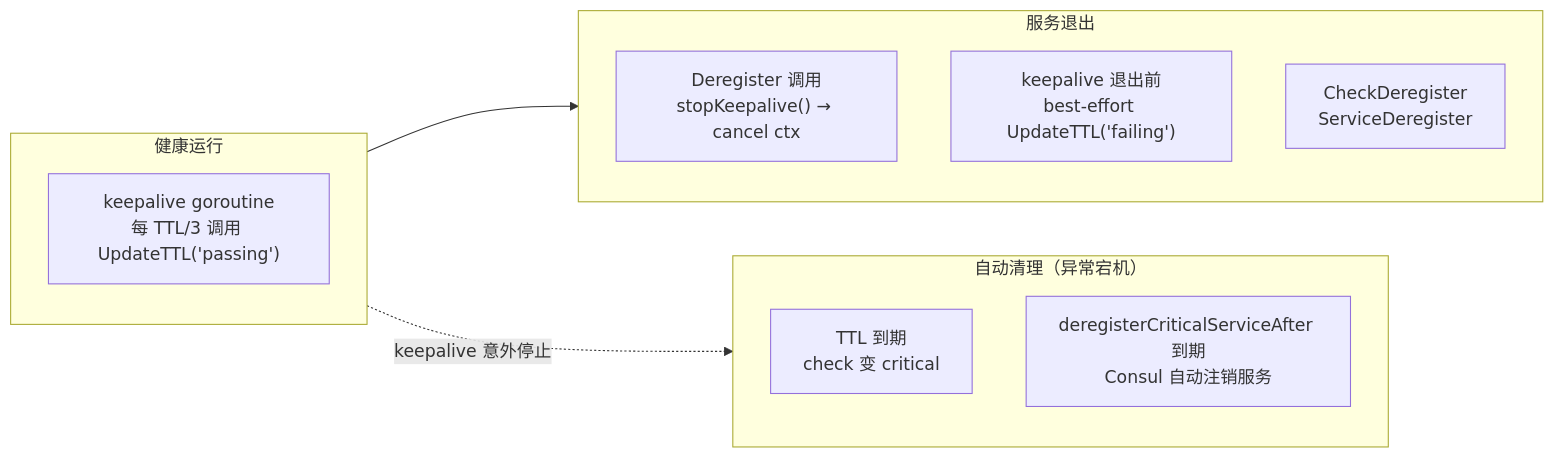
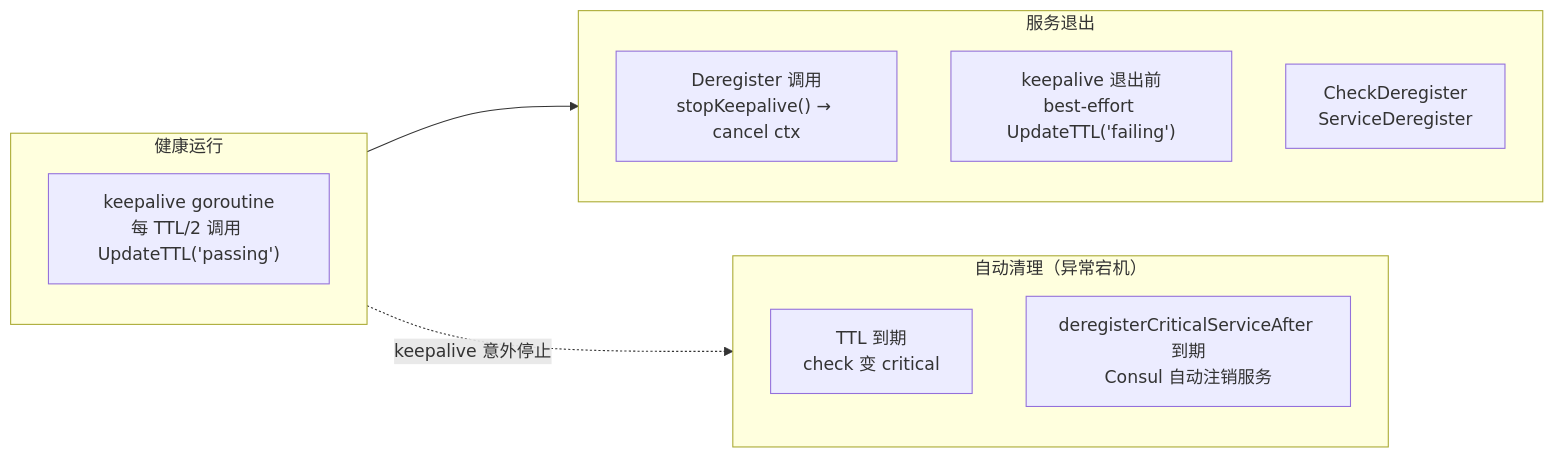
The third of 5 diagrams in hestia/consul/readme.md (daheige/hephfx), drawn with Mermaid before and after one commit. The commit also changed other lines of this file and 6 other files, not shown here.

````diff
--- a/hestia/consul/readme.md
+++ b/hestia/consul/readme.md
@@ -109,20 +96,20 @@
 ```mermaid
 flowchart LR
     subgraph Healthy["健康运行"]
-        Keepalive["keepalive goroutine<br/>每 TTL/3 调用 UpdateTTL('passing')"]
+        Keepalive["keepalive goroutine<br/>每 TTL/2 调用 UpdateTTL('passing')"]
     end
 
     subgraph Exit["服务退出"]
         StopKeepalive["Deregister 调用<br/>stopKeepalive() → cancel ctx"]
         FinalTTL["keepalive 退出前<br/>best-effort UpdateTTL('failing')"]
         DeregSvc["CheckDeregister<br/>ServiceDeregister"]
     end
 
     subgraph AutoClean["自动清理（异常宕机）"]
         TTLExpire["TTL 到期<br/>check 变 critical"]
         AutoDereg["deregisterCriticalServiceAfter 到期<br/>Consul 自动注销服务"]
     end
 
     Healthy --> Exit
     Healthy -.->|"keepalive 意外停止"| AutoClean
 ```
````
